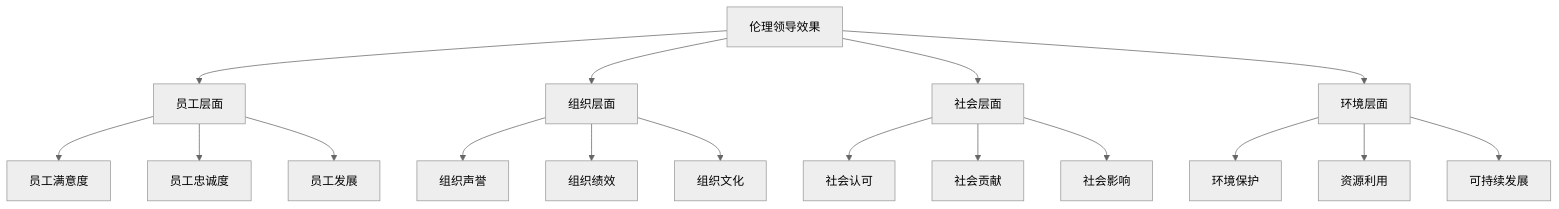
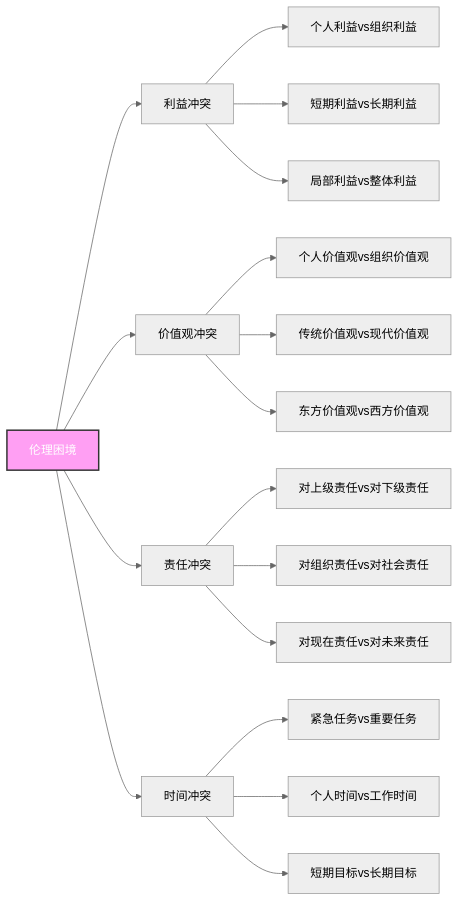
Before and after one commit to Anping2017/obsidian: the sixth of 6 diagrams in 企业领导力/01-基础认知层/05-领导力伦理与价值观.md, drawn with Mermaid (neutral theme). The commit also changed other lines of this file and 8 other files, not shown here.

````diff
--- a/企业领导力/01-基础认知层/05-领导力伦理与价值观.md
+++ b/企业领导力/01-基础认知层/05-领导力伦理与价值观.md
@@ -289,23 +203,25 @@
 ```mermaid
-graph TD
-    A[伦理领导效果] --> B[员工层面]
-    A --> C[组织层面]
-    A --> D[社会层面]
-    A --> E[环境层面]
+graph LR
+    A[伦理困境] --> B[利益冲突]
+    A --> C[价值观冲突]
+    A --> D[责任冲突]
+    A --> E[时间冲突]
     
-    B --> B1[员工满意度]
-    B --> B2[员工忠诚度]
-    B --> B3[员工发展]
+    B --> B1[个人利益vs组织利益]
+    B --> B2[短期利益vs长期利益]
+    B --> B3[局部利益vs整体利益]
     
-    C --> C1[组织声誉]
-    C --> C2[组织绩效]
-    C --> C3[组织文化]
+    C --> C1[个人价值观vs组织价值观]
+    C --> C2[传统价值观vs现代价值观]
+    C --> C3[东方价值观vs西方价值观]
     
-    D --> D1[社会认可]
-    D --> D2[社会贡献]
-    D --> D3[社会影响]
+    D --> D1[对上级责任vs对下级责任]
+    D --> D2[对组织责任vs对社会责任]
+    D --> D3[对现在责任vs对未来责任]
     
-    E --> E1[环境保护]
-    E --> E2[资源利用]
-    E --> E3[可持续发展]
+    E --> E1[紧急任务vs重要任务]
+    E --> E2[个人时间vs工作时间]
+    E --> E3[短期目标vs长期目标]
+    
+    style A fill:#ff9ff3,stroke:#333,stroke-width:2px,color:#fff
 ```
````
